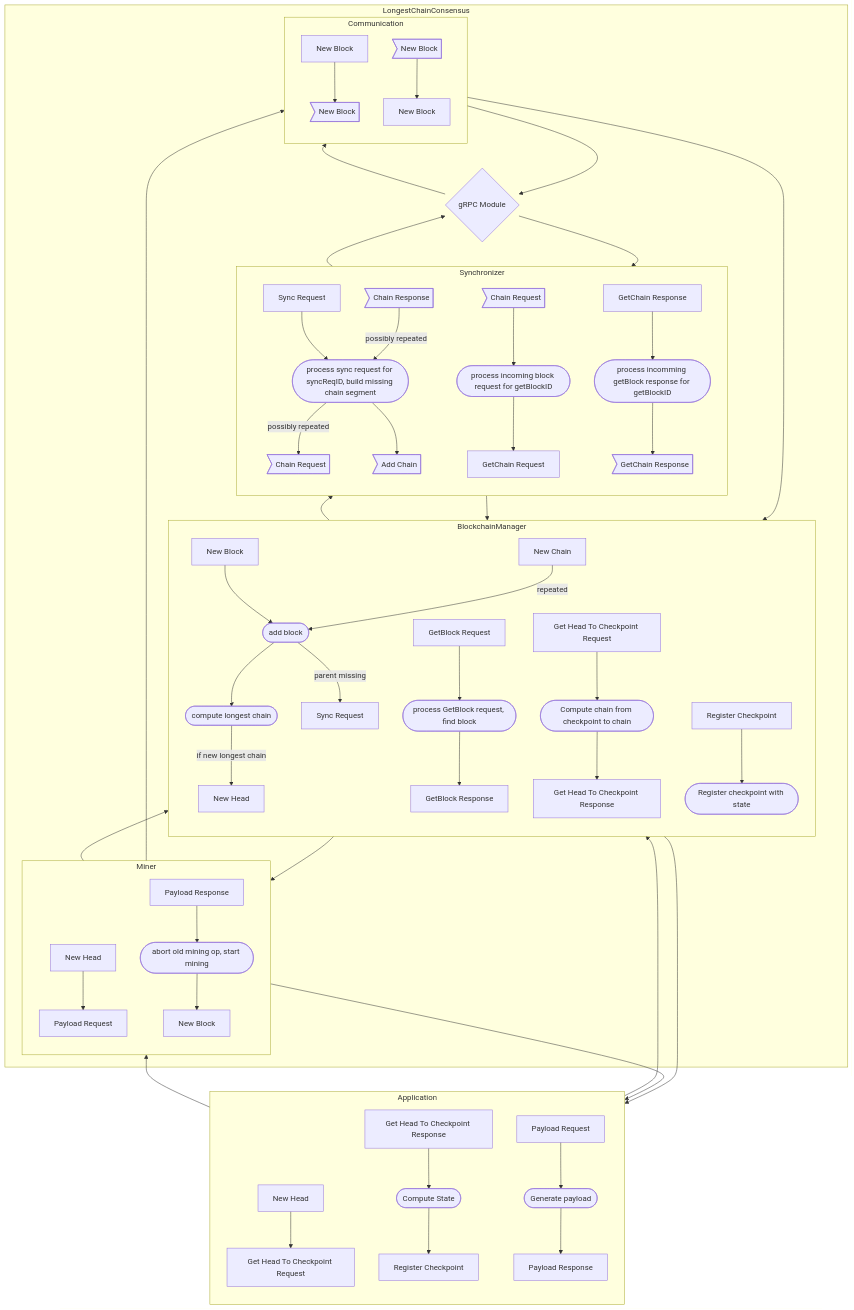
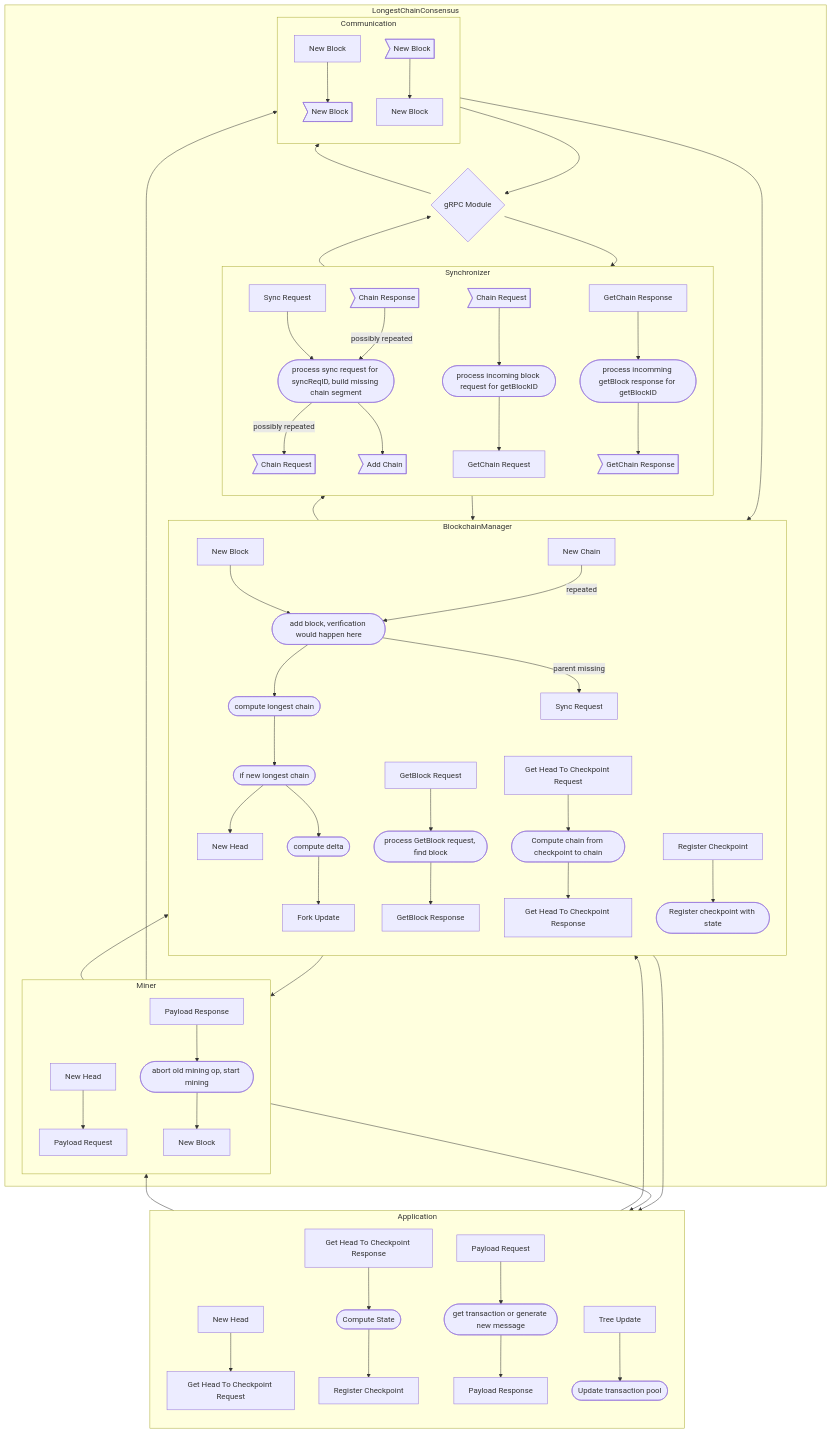
Before and after one commit to komplexon3/longest-chain-project: the diagram in notes/block_diagram.md, drawn with Mermaid. The commit also changed 11 other files, not shown here.

````diff
--- a/notes/block_diagram.md
+++ b/notes/block_diagram.md
@@ -1,77 +1,81 @@
 ```mermaid
 flowchart BT;
 
 subgraph LongestChainConsensus
 
     subgraph BlockchainManager
     direction TB;
 
-    nbi[New Block] --> ab([add block])
+    nbi[New Block] --> ab([add block, verification would happen here])
     nci[New Chain] --repeated--> ab
     ab --> clc([compute longest chain])
     ab --parent missing--> sr[Sync Request]
-    clc -->|if new longest chain| nho[New Head]
+    clc --> inlc([if new longest chain])
+    inlc -->  nho[New Head]
+    inlc --> cd([compute delta])
+    cd --> do[Fork Update]
 
     gbi[GetBlock Request] --> pgbr([process GetBlock request, find block])
     pgbr --> gbo[GetBlock Response]
 
     bcmghtcri[Get Head To Checkpoint Request] --> cctc([Compute chain from checkpoint to chain])
     cctc --> bcmghtcro[Get Head To Checkpoint Response]
 
     rc[Register Checkpoint] --> rcws([Register checkpoint with state])
 
     end
 
     subgraph Miner
     direction TB;
 
     nh[New Head] --> mpro[Payload Request]
     mpri[Payload Response] --> m([abort old mining op, start mining])
     m --> nbio[New Block]
     end
 
     subgraph Communication
     c_nbo[New Block] --> nbfo>New Block]
     c_nbfi>New Block] --> c_nbi[New Block]
     end
 
     subgraph Synchronizer
     sri[Sync Request] --> psr([process sync request for syncReqID, build missing chain segment])
     psr --possibly repeated--> creqo>Chain Request]
     cresi>Chain Response] --possibly repeated--> psr
     psr --> ac>Add Chain]
 
     creq>Chain Request] --> picr([process incoming block request for getBlockID])
     picr --> gcreq[GetChain Request]
     gcRes[GetChain Response] --> picres([process incomming getBlock response for getBlockID])
     picres --> bres>GetChain Response]
 
     end
 
     grpc{gRPC Module}
 end
 
 subgraph Application
 nhi[New Head] --> aghtcro[Get Head To Checkpoint Request]
 aghtcri[Get Head To Checkpoint Response] --> cs([Compute State])
 cs --> rco[Register Checkpoint]
 
-pri[Payload Request] --> gp([Generate payload])
+pri[Payload Request] --> gp([get transaction or generate new message])
 gp --> pro[Payload Response]
+di[Tree Update] --> utp([Update transaction pool])
 end
 
 grpc --> Communication
 Communication --> grpc
 Miner --> Application
 Application --> Miner
 Miner --> BlockchainManager
 BlockchainManager --> Miner
 Miner --> Communication
 Application --> BlockchainManager
 BlockchainManager --> Application
 Communication --> BlockchainManager
 BlockchainManager --> Synchronizer
 Synchronizer --> BlockchainManager
 Synchronizer --> grpc
 grpc --> Synchronizer
 ```
````
